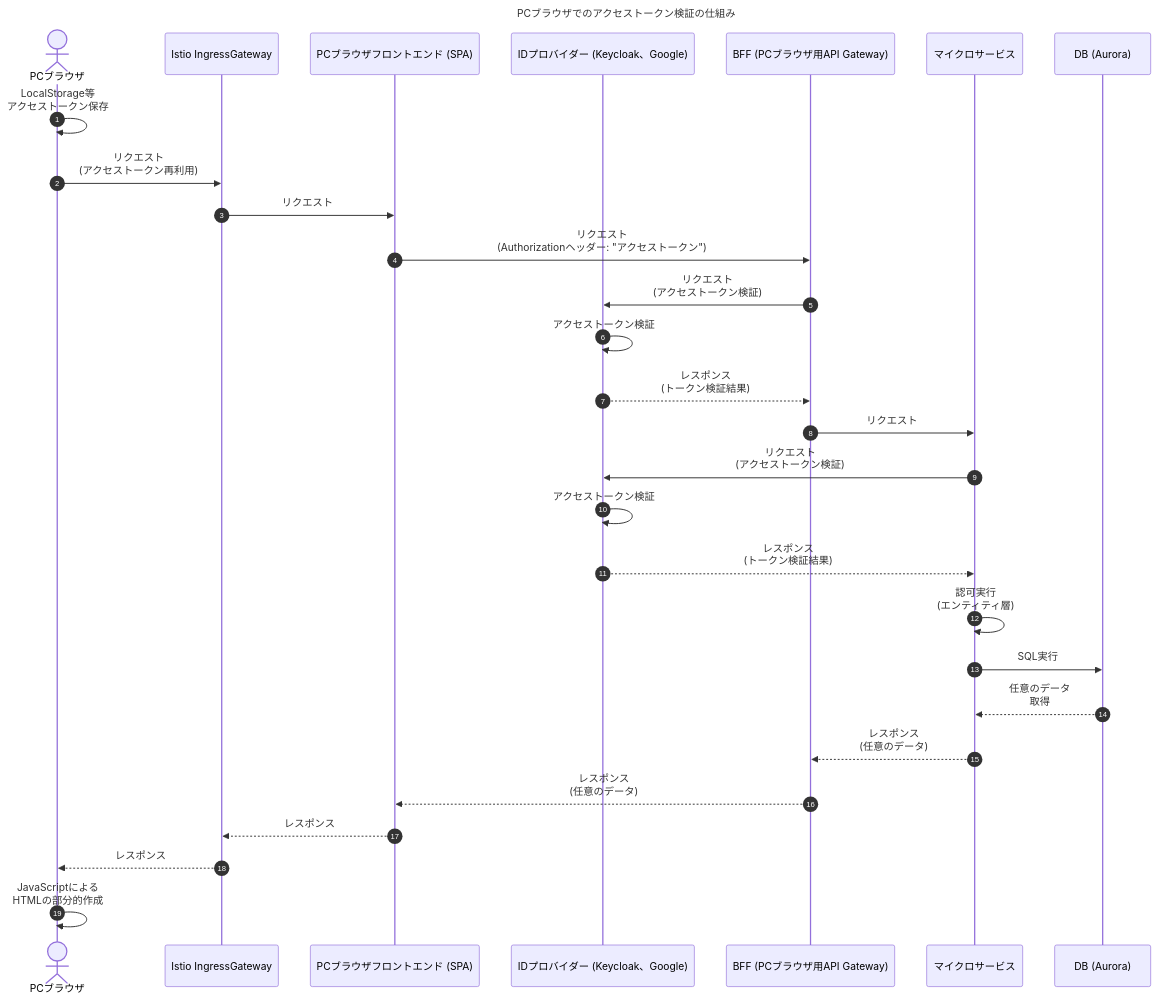
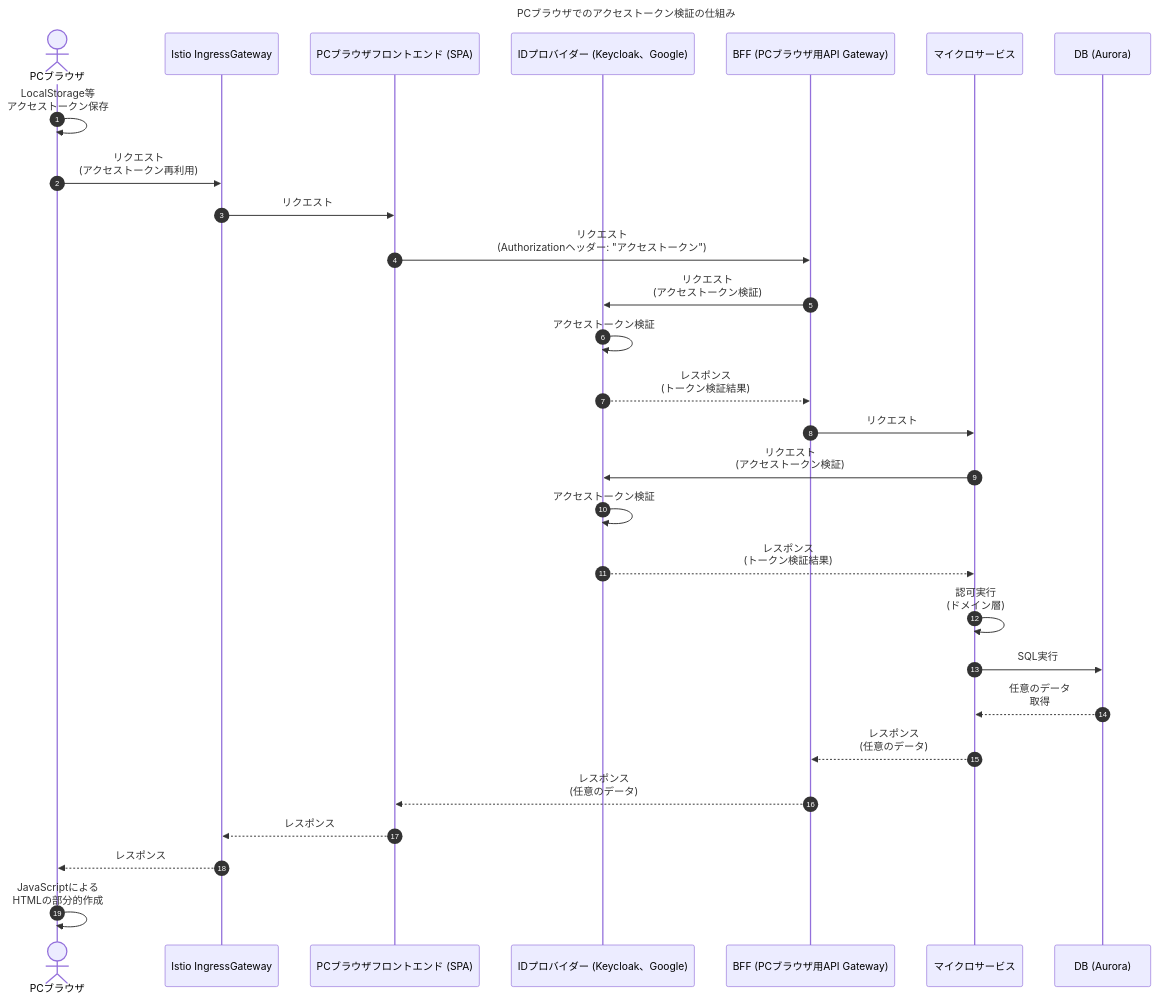
Before and after one commit to hiroki-it/tech-notebook: diagram 17 of 18 in docs/software/software_application_architecture_microservices_cloudnative_application.md, drawn with Mermaid. The commit also changed other lines of this file and 16 other files, not shown here.

````diff
--- a/docs/software/software_application_architecture_microservices_cloudnative_application.md
+++ b/docs/software/software_application_architecture_microservices_cloudnative_application.md
@@ -1203,54 +1203,54 @@
 ```mermaid
 ---
 title: PCブラウザでのアクセストークン検証の仕組み
 ---
 sequenceDiagram
 
     autonumber
 
     actor PCブラウザ
     participant PCブラウザ
     participant Istio IngressGateway
     participant PCブラウザフロントエンド (SPA)
     participant IDプロバイダー (Keycloak、Google)
     participant BFF (PCブラウザ用API Gateway)
     participant マイクロサービス
     participant DB (Aurora)
 
     PCブラウザ ->> PCブラウザ : LocalStorage等<br>アクセストークン保存
 
     PCブラウザ ->> Istio IngressGateway: リクエスト<br>(アクセストークン再利用)
 
     Istio IngressGateway ->> PCブラウザフロントエンド (SPA) : リクエスト
 
     PCブラウザフロントエンド (SPA) ->> BFF (PCブラウザ用API Gateway): リクエスト<br>(Authorizationヘッダー: "アクセストークン")
 
     BFF (PCブラウザ用API Gateway) ->> IDプロバイダー (Keycloak、Google) : リクエスト<br>(アクセストークン検証)
 
     IDプロバイダー (Keycloak、Google) ->> IDプロバイダー (Keycloak、Google) : アクセストークン検証
 
     IDプロバイダー (Keycloak、Google) -->> BFF (PCブラウザ用API Gateway) : レスポンス<br>(トークン検証結果)
 
     BFF (PCブラウザ用API Gateway) ->> マイクロサービス : リクエスト
 
     マイクロサービス ->> IDプロバイダー (Keycloak、Google) : リクエスト<br>(アクセストークン検証)
 
     IDプロバイダー (Keycloak、Google) ->> IDプロバイダー (Keycloak、Google) : アクセストークン検証
 
     IDプロバイダー (Keycloak、Google) -->> マイクロサービス : レスポンス<br>(トークン検証結果)
-    マイクロサービス ->> マイクロサービス: 認可実行<br>(エンティティ層)
+    マイクロサービス ->> マイクロサービス: 認可実行<br>(ドメイン層)
 
     マイクロサービス ->> DB (Aurora): SQL実行
 
     DB (Aurora) -->> マイクロサービス : 任意のデータ<br>取得
 
     マイクロサービス -->> BFF (PCブラウザ用API Gateway) : レスポンス<br>(任意のデータ)
 
     BFF (PCブラウザ用API Gateway) -->> PCブラウザフロントエンド (SPA) : レスポンス<br>(任意のデータ)
 
     PCブラウザフロントエンド (SPA) -->> Istio IngressGateway: レスポンス
 
     Istio IngressGateway -->> PCブラウザ: レスポンス
 
     PCブラウザ ->> PCブラウザ: JavaScriptによる<br>HTMLの部分的作成
 ```
````
